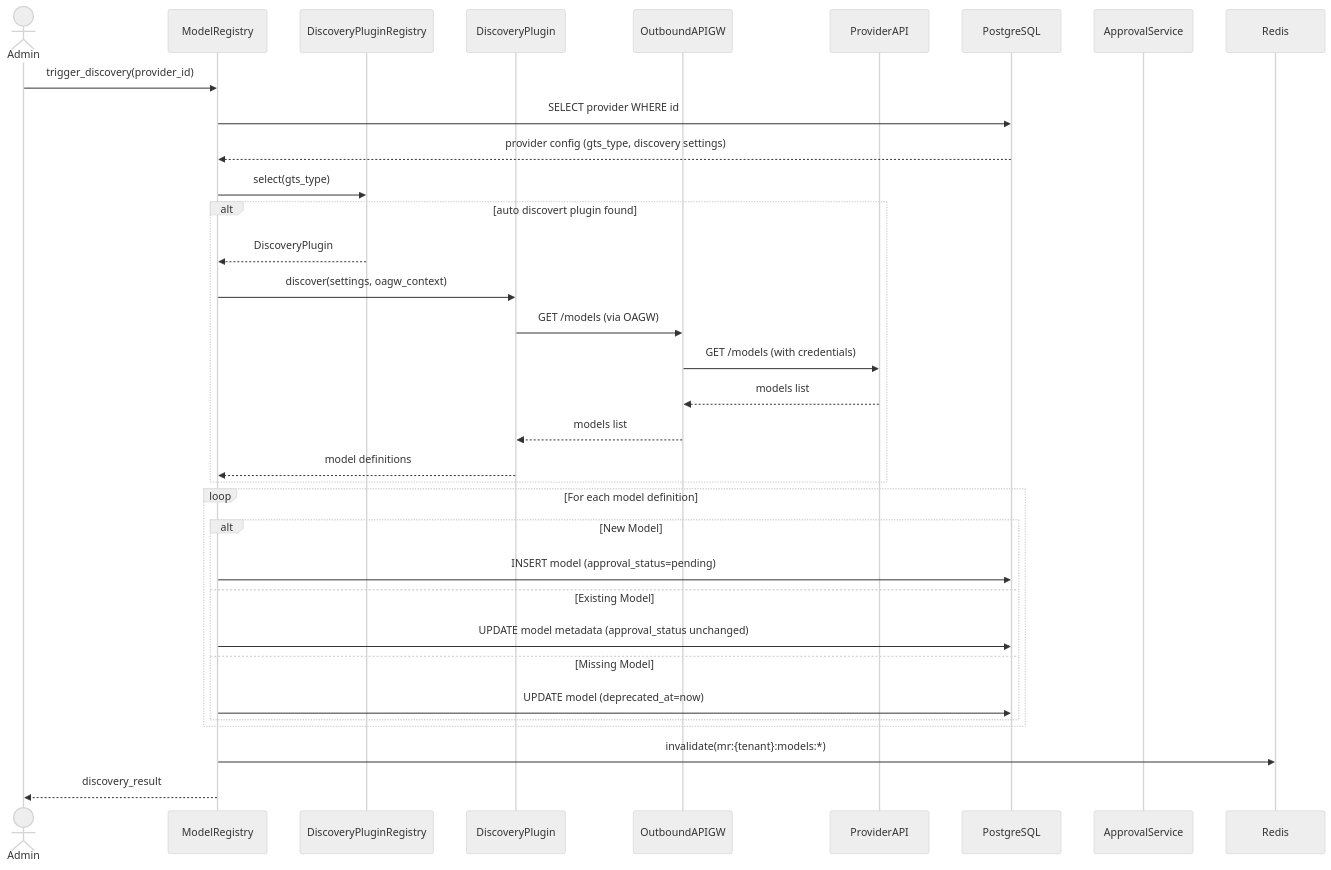
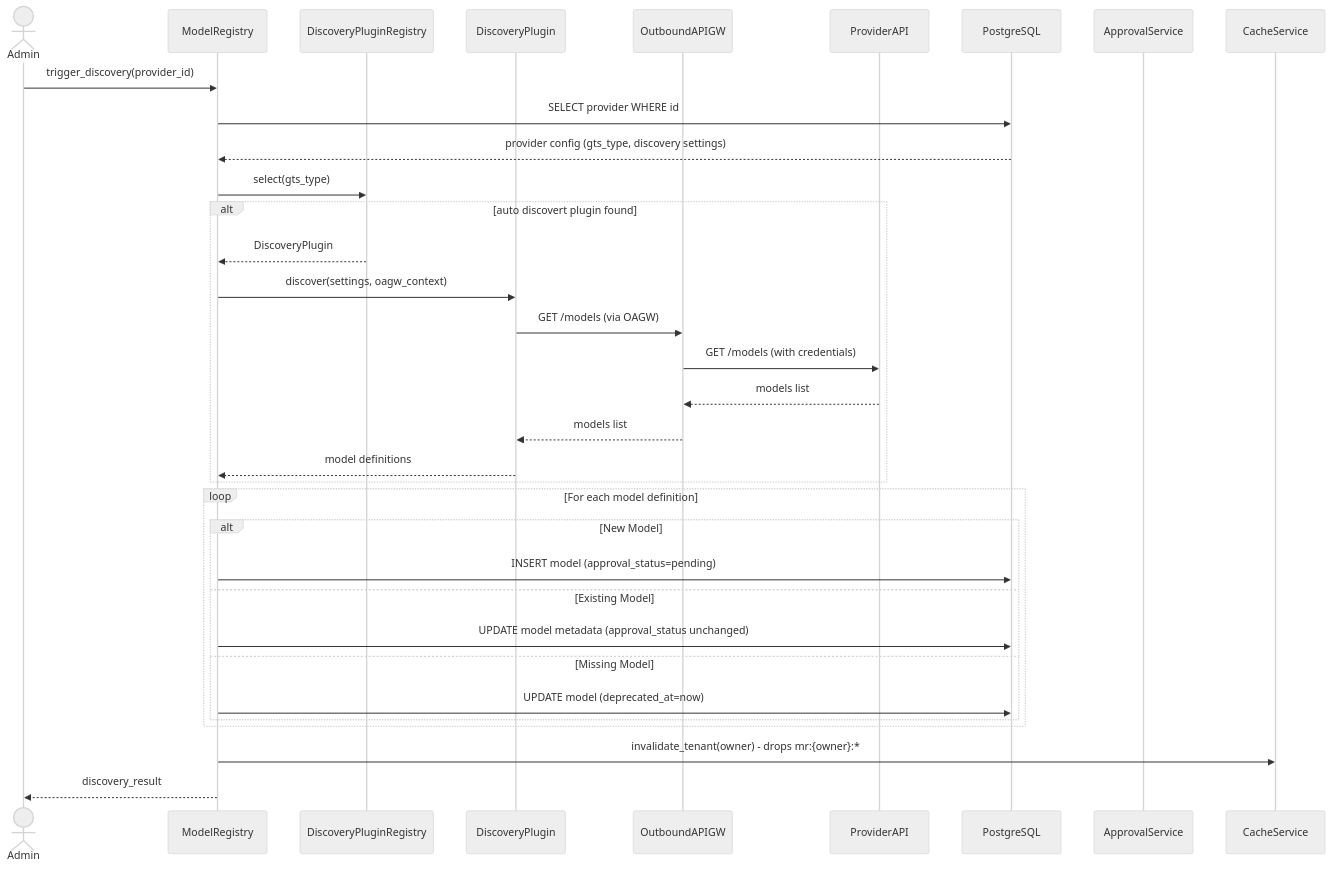
Before and after one commit to Qilin101/gears-rust: the fifth of 9 diagrams in gears/model-registry/docs/DESIGN.md, drawn with Mermaid (neutral theme). The commit also changed other lines of this file and 3 other files, not shown here.

````diff
--- a/gears/model-registry/docs/DESIGN.md
+++ b/gears/model-registry/docs/DESIGN.md
@@ -1051,39 +1049,39 @@
 ```mermaid
 sequenceDiagram
     actor Admin
     participant MR as ModelRegistry
     participant Registry as DiscoveryPluginRegistry
     participant Plugin as DiscoveryPlugin
     participant OAGW as OutboundAPIGW
     participant Provider as ProviderAPI
     participant DB as PostgreSQL
     participant Approval as ApprovalService
-    participant Cache as Redis
+    participant Cache as CacheService
 
     Admin->>MR: trigger_discovery(provider_id)
     MR->>DB: SELECT provider WHERE id
     DB-->>MR: provider config (gts_type, discovery settings)
     MR->>Registry: select(gts_type)
     alt auto discovert plugin found
         Registry-->>MR: DiscoveryPlugin
         MR->>Plugin: discover(settings, oagw_context)
         Plugin->>OAGW: GET /models (via OAGW)
         OAGW->>Provider: GET /models (with credentials)
         Provider-->>OAGW: models list
         OAGW-->>Plugin: models list
         Plugin-->>MR: model definitions
     end
 
     loop For each model definition
         alt New Model
             MR->>DB: INSERT model (approval_status=pending)
         else Existing Model
             MR->>DB: UPDATE model metadata (approval_status unchanged)
         else Missing Model
             MR->>DB: UPDATE model (deprecated_at=now)
         end
     end
 
-    MR->>Cache: invalidate(mr:{tenant}:models:*)
+    MR->>Cache: invalidate_tenant(owner) - drops mr:{owner}:*
     MR-->>Admin: discovery_result
 ```
````
